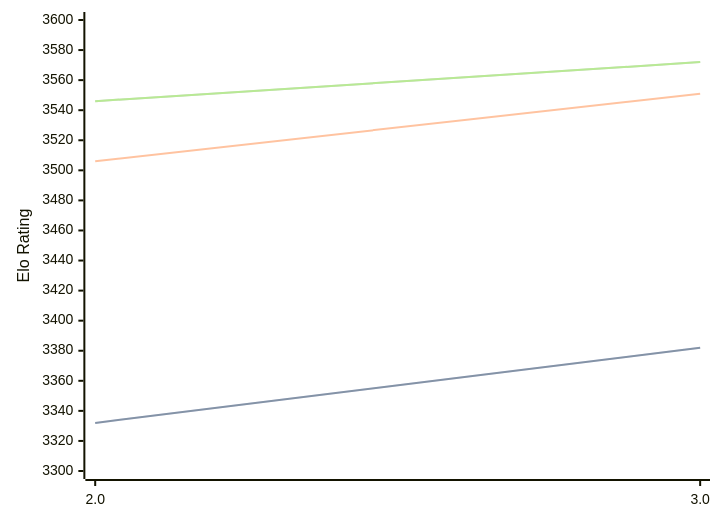
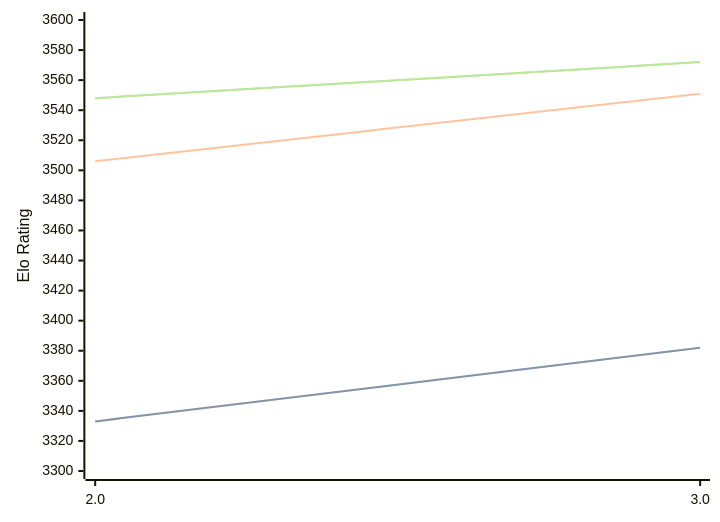
The diagram in engines/Quanticade.md (computer-chess-index/cci), drawn with Mermaid before and after one commit. The commit also changed other lines of this file, not shown here.

Commit message:
Update CCI Ratings (ELO VLTC) - 2026-03-13

````diff
--- a/engines/Quanticade.md
+++ b/engines/Quanticade.md
@@ -39,11 +39,11 @@
 ```mermaid
 %%{init: {"theme":"base","themeVariables":{"seriesColors:['#a3a3a3','#222221','#faa371']}}}%%
 xychart-beta
   x-axis ["2.0", "3.0"]
   y-axis "Elo Rating" 3300 --> 3600
-  line "STC (8.0+0.08s)" [3332, 3382]
-  line "STC (8.0+0.08s)" [3332, 3382]
+  line "STC (8.0+0.08s)" [3333, 3382]
+  line "STC (8.0+0.08s)" [3333, 3382]
   line "LTC (60.0+0.60s)" [3506, 3551]
-  line "VLTC (2m24s+1.12s)" [3546, 3572]
-  line "VLTC (2m24s+1.12s)" [3546, 3572]
+  line "VLTC (2m24s+1.12s)" [3548, 3572]
+  line "VLTC (2m24s+1.12s)" [3548, 3572]
 ```
````
